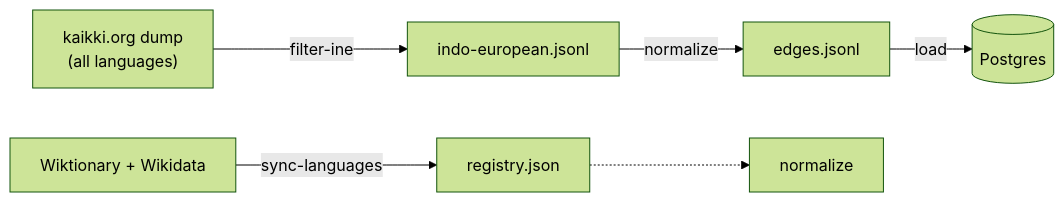
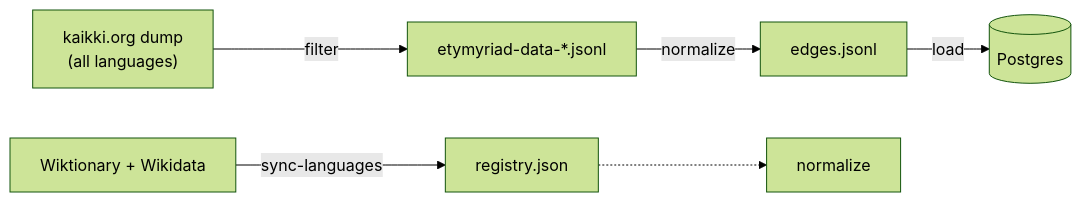
Before and after one commit to van-riper/etymyriad: the third of 3 diagrams in docs/ARCHITECTURE.md, drawn with Mermaid (forest theme). The commit also changed other lines of this file and 7 other files, not shown here.

First line of the commit message:
feat(etl): replace filter-ine with filter

````diff
--- a/docs/ARCHITECTURE.md
+++ b/docs/ARCHITECTURE.md
@@ -268,12 +268,12 @@
 ```mermaid
 flowchart LR
     raw["kaikki.org dump<br/>(all languages)"]
-    ine["indo-european.jsonl"]
+    filtered["etymyriad-data-*.jsonl"]
     reg["Wiktionary + Wikidata"]
     registry["registry.json"]
-    raw -->|filter-ine| ine
+    raw -->|filter| filtered
     reg -->|sync-languages| registry
-    ine -->|normalize| edges["edges.jsonl"]
+    filtered -->|normalize| edges["edges.jsonl"]
     registry -.-> normalize
     edges -->|load| pg[("Postgres")]
 ```
````
